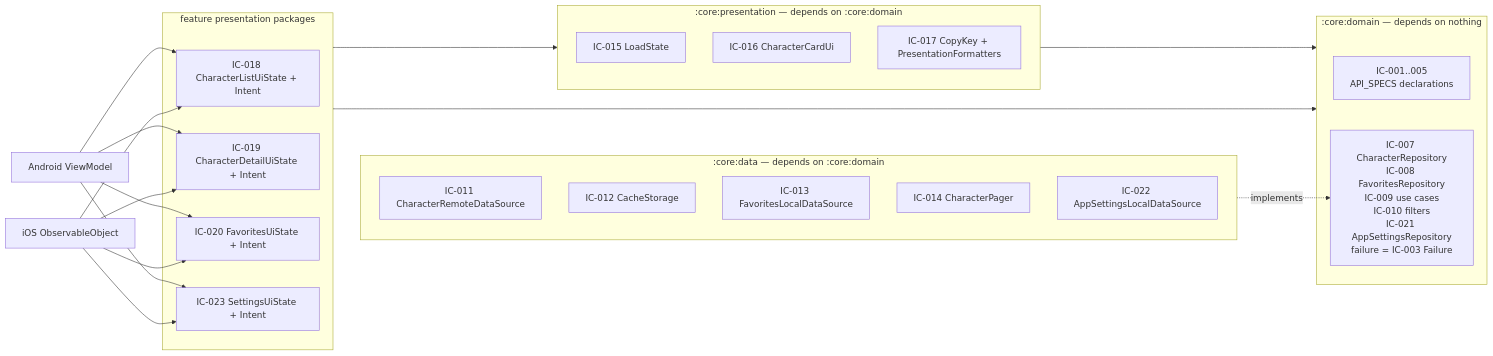
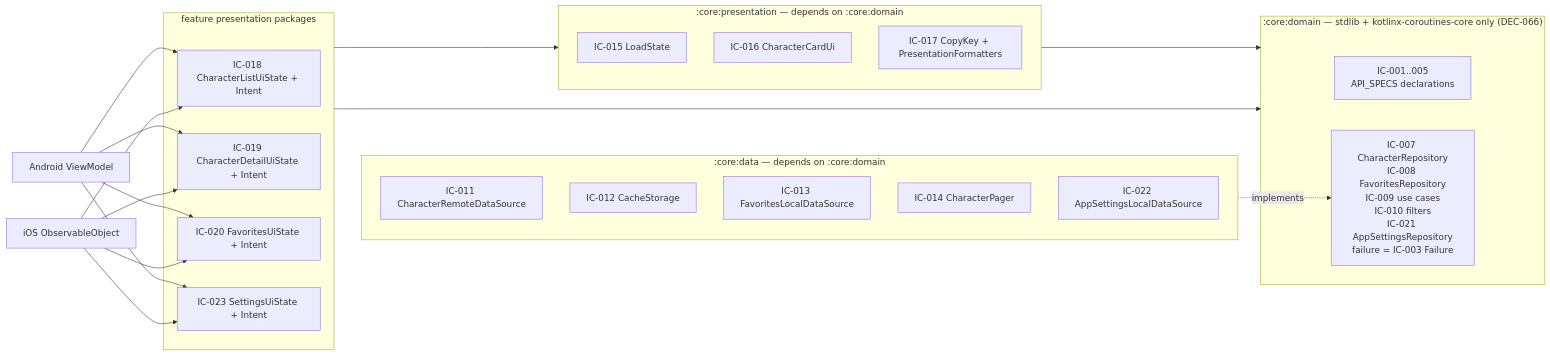
The diagram in docs/CONTRACTS.md (davidru85/RickAndMorty), drawn with Mermaid before and after one commit. The commit also changed 12 other files, not shown here.

````diff
--- a/docs/CONTRACTS.md
+++ b/docs/CONTRACTS.md
@@ -29,37 +29,37 @@
 ```mermaid
 flowchart LR
-    subgraph Domain[":core:domain — depends on nothing"]
+    subgraph Domain[":core:domain — stdlib + kotlinx-coroutines-core only (DEC-066)"]
         ID[IC-001..005<br/>API_SPECS declarations]
         REPO[IC-007 CharacterRepository<br/>IC-008 FavoritesRepository<br/>IC-009 use cases<br/>IC-010 filters<br/>IC-021 AppSettingsRepository<br/>failure = IC-003 Failure]
     end
     subgraph Data[":core:data — depends on :core:domain"]
         REMOTE[IC-011 CharacterRemoteDataSource]
         CACHE[IC-012 CacheStorage]
         LOCAL[IC-013 FavoritesLocalDataSource]
         PAGER[IC-014 CharacterPager]
         PREFS[IC-022 AppSettingsLocalDataSource]
     end
     subgraph Pres[":core:presentation — depends on :core:domain"]
         LOAD[IC-015 LoadState]
         CARD[IC-016 CharacterCardUi]
         FMT[IC-017 CopyKey + PresentationFormatters]
     end
     subgraph Feature["feature presentation packages"]
         LIST[IC-018 CharacterListUiState + Intent]
         DETAIL[IC-019 CharacterDetailUiState + Intent]
         FAV[IC-020 FavoritesUiState + Intent]
         SET[IC-023 SettingsUiState + Intent]
     end
     Data -. implements .-> REPO
     Pres --> Domain
     Feature --> Pres
     Feature --> Domain
     Android[Android ViewModel] --> LIST
     Android --> DETAIL
     Android --> FAV
     Android --> SET
     iOS[iOS ObservableObject] --> LIST
     iOS --> DETAIL
     iOS --> FAV
     iOS --> SET
 ```
````
